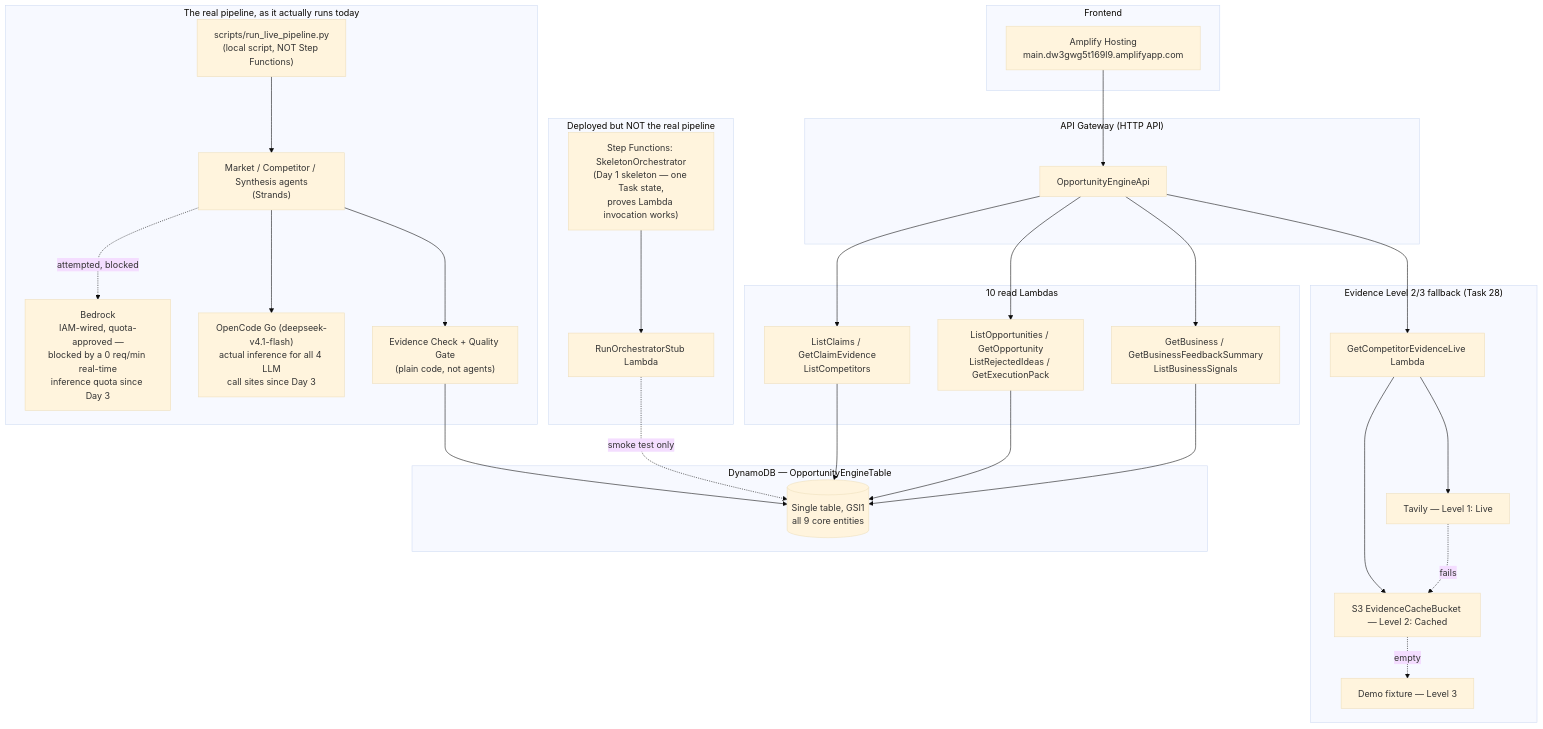
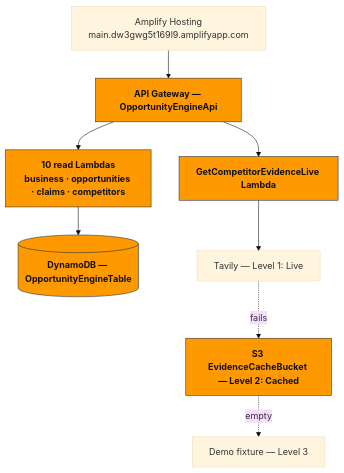
One commit to Niranjan-cyber/BusyFox changed the second of 2 diagrams in docs/architecture-diagram.md. Above: the diagram before and after it, drawn with Mermaid (base theme). The commit also changed other lines of this file and 2 other files, not shown here.

````diff
--- a/docs/architecture-diagram.md
+++ b/docs/architecture-diagram.md
@@ -8,57 +49,20 @@
 ```mermaid
 flowchart TD
-    subgraph Frontend
-        AMP["Amplify Hosting\nmain.dw3gwg5t169l9.amplifyapp.com"]
-    end
-
-    subgraph API["API Gateway (HTTP API)"]
-        GW[OpportunityEngineApi]
-    end
-
-    subgraph Read["10 read Lambdas"]
-        L1["GetBusiness / GetBusinessFeedbackSummary\nListBusinessSignals"]
-        L2["ListOpportunities / GetOpportunity\nListRejectedIdeas / GetExecutionPack"]
-        L3["ListClaims / GetClaimEvidence\nListCompetitors"]
-    end
-
-    subgraph Evidence["Evidence Level 2/3 fallback (Task 28)"]
-        L4[GetCompetitorEvidenceLive Lambda]
-        TAV[Tavily — Level 1: Live]
-        S3C[S3 EvidenceCacheBucket — Level 2: Cached]
-        FIX[Demo fixture — Level 3]
-    end
-
-    subgraph Data["DynamoDB — OpportunityEngineTable"]
-        DDB[(Single table, GSI1\nall 9 core entities)]
-    end
-
-    subgraph Skeleton["Deployed but NOT the real pipeline"]
-        SFN["Step Functions: SkeletonOrchestrator\n(Day 1 skeleton — one Task state,\nproves Lambda invocation works)"]
-        STUB[RunOrchestratorStub Lambda]
-    end
-
-    subgraph RealPipeline["The real pipeline, as it actually runs today"]
-        SCRIPT["scripts/run_live_pipeline.py\n(local script, NOT Step Functions)"]
-        AGENTS["Market / Competitor / Synthesis agents\n(Strands)"]
-        BEDROCK["Bedrock\nIAM-wired, quota-approved —\nblocked by a 0 req/min real-time\ninference quota since Day 3"]
-        OCG["OpenCode Go (deepseek-v4.1-flash)\nactual inference for all 4 LLM\ncall sites since Day 3"]
-        CODE["Evidence Check + Quality Gate\n(plain code, not agents)"]
-    end
+    AMP["Amplify Hosting<br>main.dw3gwg5t169l9.amplifyapp.com"]
+    GW["API Gateway — OpportunityEngineApi"]
+    READ["10 read Lambdas<br>business · opportunities · claims · competitors"]
+    LIVE["GetCompetitorEvidenceLive Lambda"]
+    DDB[("DynamoDB — OpportunityEngineTable")]
+    TAV["Tavily — Level 1: Live"]
+    S3C["S3 EvidenceCacheBucket — Level 2: Cached"]
+    FIX["Demo fixture — Level 3"]
 
     AMP --> GW
-    GW --> L1 & L2 & L3 & L4
-    L1 & L2 & L3 --> DDB
-    L4 --> TAV
-    TAV -.fails.-> S3C
-    S3C -.empty.-> FIX
-    L4 --> S3C
+    GW --> READ --> DDB
+    GW --> LIVE --> TAV
+    TAV -.->|"fails"| S3C
+    S3C -.->|"empty"| FIX
 
-    SFN --> STUB
-    STUB -.smoke test only.-> DDB
-
-    SCRIPT --> AGENTS
-    AGENTS -.attempted, blocked.-> BEDROCK
-    AGENTS --> OCG
-    AGENTS --> CODE
-    CODE --> DDB
+    classDef aws fill:#FF9900,stroke:#232F3E,color:#111,font-weight:bold;
+    class GW,READ,LIVE,DDB,S3C aws;
 ```
````
